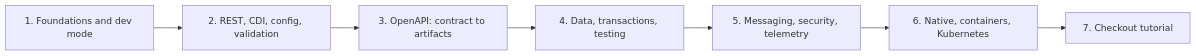
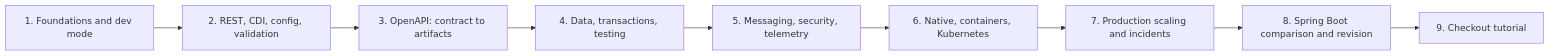
The first of 2 diagrams in documentation/docs/quarkus/README.md (taukhir/shopverse), drawn with Mermaid before and after one commit. The commit also changed other lines of this file and 77 other files, not shown here.

````diff
--- a/documentation/docs/quarkus/README.md
+++ b/documentation/docs/quarkus/README.md
@@ -43,12 +43,14 @@
 ```mermaid
 flowchart LR
     F["1. Foundations and dev mode"]
     R["2. REST, CDI, config, validation"]
     O["3. OpenAPI: contract to artifacts"]
     D["4. Data, transactions, testing"]
     I["5. Messaging, security, telemetry"]
     P["6. Native, containers, Kubernetes"]
-    C["7. Checkout tutorial"]
+    H["7. Production scaling and incidents"]
+    V["8. Spring Boot comparison and revision"]
+    C["9. Checkout tutorial"]
 
-    F --> R --> O --> D --> I --> P --> C
+    F --> R --> O --> D --> I --> P --> H --> V --> C
 ```
````
